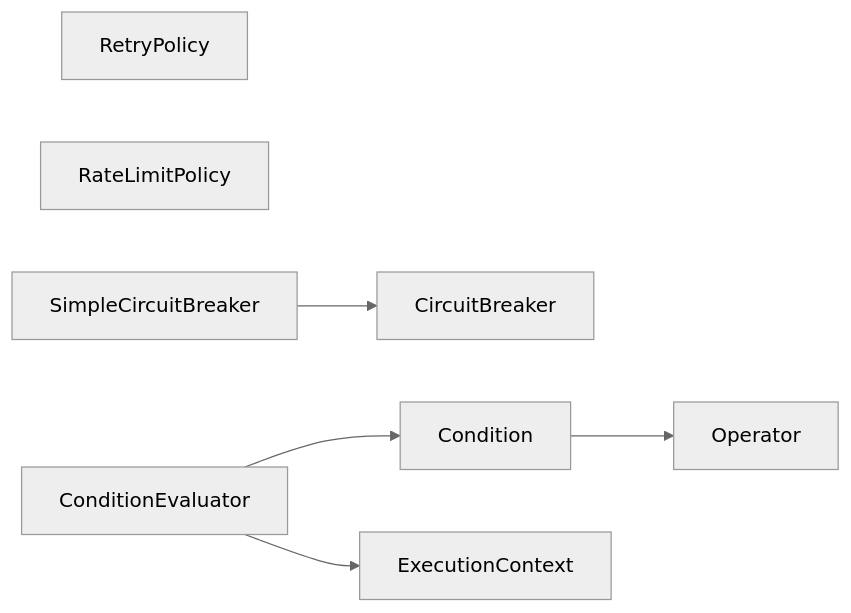
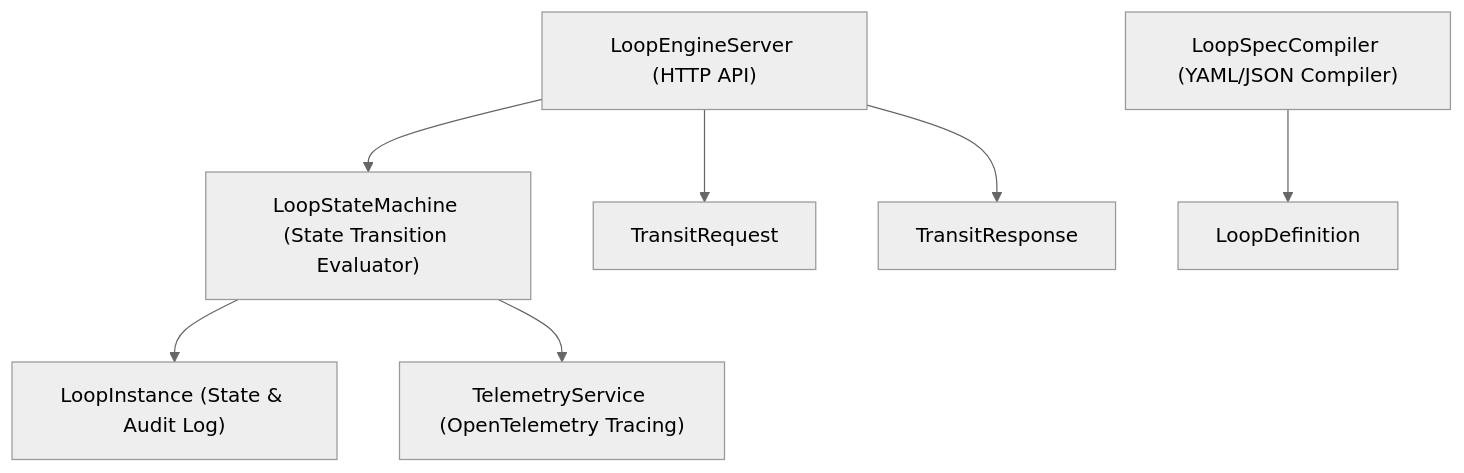
Before and after one commit to rjmad1/RajaJeevanLoopEngineering: the second of 2 diagrams in docs/dependency-graph.md, drawn with Mermaid (neutral theme). The commit also changed other lines of this file and 40 other files, not shown here.

````diff
--- a/docs/dependency-graph.md
+++ b/docs/dependency-graph.md
@@ -34,12 +34,11 @@
 ```mermaid
-graph LR
-    ExecutionContext["ExecutionContext"]
-    RetryPolicy["RetryPolicy"]
-    RateLimitPolicy["RateLimitPolicy"]
-    CircuitBreaker["CircuitBreaker"]
-    SimpleCircuitBreaker["SimpleCircuitBreaker"] --> CircuitBreaker
+graph TD
+    LoopEngineServer["LoopEngineServer (HTTP API)"] --> LoopStateMachine["LoopStateMachine (State Transition Evaluator)"]
+    LoopEngineServer --> TransitRequest["TransitRequest"]
+    LoopEngineServer --> TransitResponse["TransitResponse"]
     
-    Condition["Condition"] --> Operator["Operator"]
-    ConditionEvaluator["ConditionEvaluator"] --> Condition
-    ConditionEvaluator --> ExecutionContext
+    LoopStateMachine --> LoopInstance["LoopInstance (State & Audit Log)"]
+    LoopStateMachine --> TelemetryService["TelemetryService (OpenTelemetry Tracing)"]
+    
+    LoopSpecCompiler["LoopSpecCompiler (YAML/JSON Compiler)"] --> LoopDefinition["LoopDefinition"]
 ```
````
